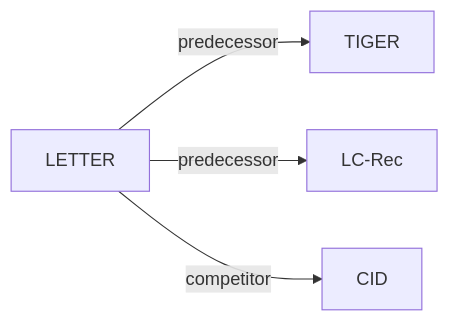
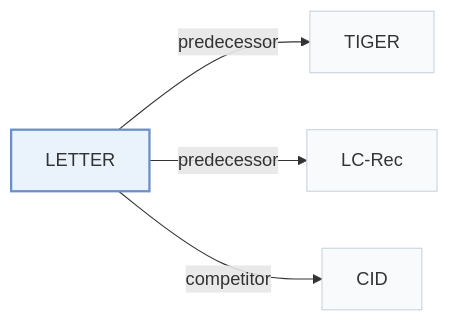
The third of 3 diagrams in pages/papers/letter.md (Galaxy-ghost/Awesome-SID-Generative-Rec), drawn with Mermaid before and after one commit. The commit also changed other lines of this file and 649 other files, not shown here.

Commit message:
writer-05: also tags and modality index (schema, check, build, visuals); summary field removed; calibration data for 12 papers

````diff
--- a/pages/papers/letter.md
+++ b/pages/papers/letter.md
@@ -149,7 +160,11 @@
 ```mermaid
 flowchart LR
     P["LETTER"]
-    P -->|predecessor| A["TIGER"]
-    P -->|predecessor| B["LC-Rec"]
-    P -->|competitor| C["CID"]
+    P -->|"predecessor"| A["TIGER"]
+    P -->|"predecessor"| B["LC-Rec"]
+    P -->|"competitor"| C["CID"]
+    classDef main fill:#eaf2fb,stroke:#6b8fc7,stroke-width:2px
+    classDef peer fill:#f8fafc,stroke:#cbd5e1
+    class P main
+    class A,B,C peer
 ```
````
